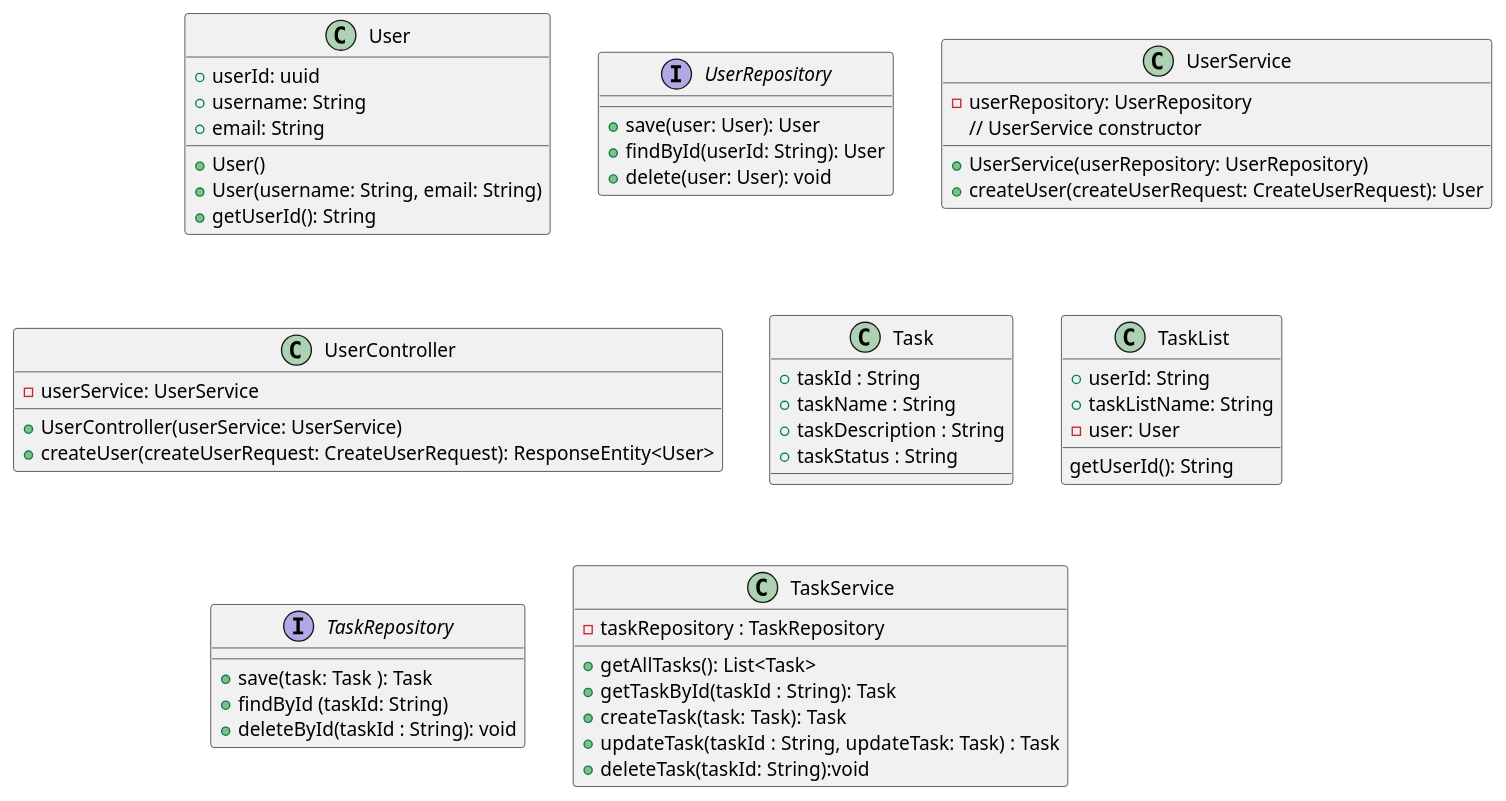
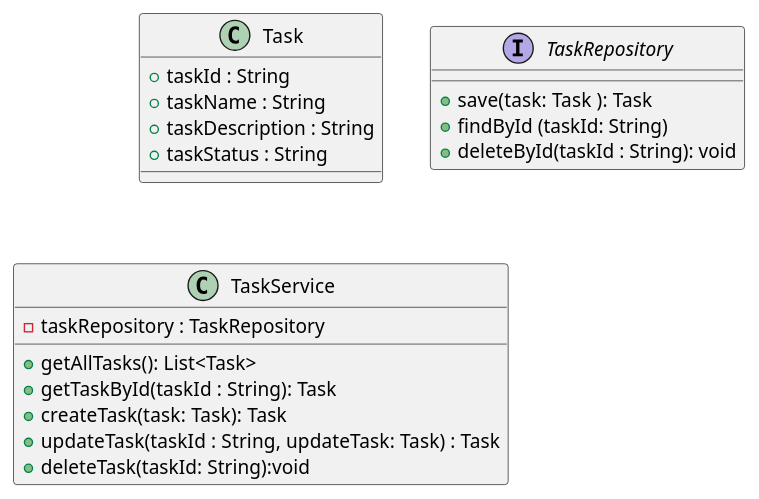
One commit to adam-knight1/streamline changed the diagram in Streamline.puml. Above: the diagram before and after it, drawn with PlantUML.

Commit message:
updated uml

```diff
--- a/Streamline.puml
+++ b/Streamline.puml
@@ -1,58 +1,21 @@
 @startuml
-
-class User {
-+userId: uuid
-+username: String
-+email: String
-+User()
-+User(username: String, email: String)
-+getUserId(): String
-}
-
-interface UserRepository {
-+save(user: User): User
-+findById(userId: String): User
-+delete(user: User): void
-}
-class UserService {
--userRepository: UserRepository
-// UserService constructor
-+UserService(userRepository: UserRepository)
-+createUser(createUserRequest: CreateUserRequest): User
-}
-
-class UserController {
--userService: UserService
-+UserController(userService: UserService)
-+createUser(createUserRequest: CreateUserRequest): ResponseEntity<User>
-}
-
 class Task {
 +taskId : String
 +taskName : String
 +taskDescription : String
 +taskStatus : String
 }
-
-class TaskList {
-+userId: String
-+taskListName: String
--user: User
-getUserId(): String
-}
-
 interface TaskRepository {
 +save(task: Task ): Task
 +findById (taskId: String)
 +deleteById(taskId : String): void
 }
-
 class TaskService {
 -taskRepository : TaskRepository
 +getAllTasks(): List<Task>
 +getTaskById(taskId : String): Task
 +createTask(task: Task): Task
 +updateTask(taskId : String, updateTask: Task) : Task
 +deleteTask(taskId: String):void
 }
 @enduml
```
